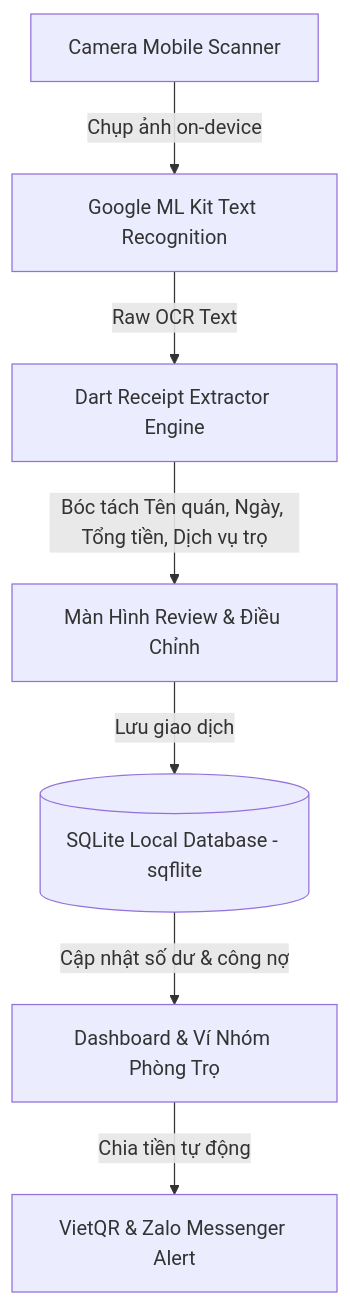
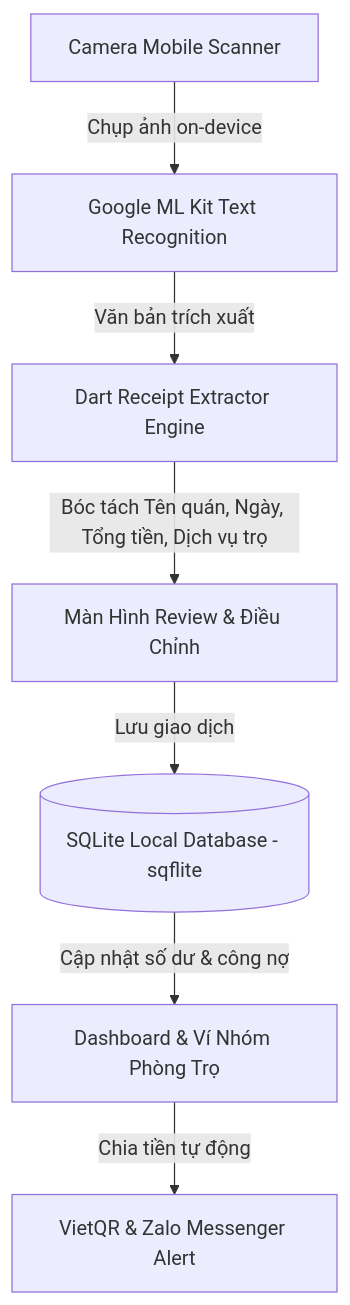
One commit to hynengy/Vi-xinh changed the diagram in phase-2-mobile-app/README.md. Above: the diagram before and after it, drawn with Mermaid. The commit also changed other lines of this file and 10 other files, not shown here.

````diff
--- a/phase-2-mobile-app/README.md
+++ b/phase-2-mobile-app/README.md
@@ -11,9 +11,9 @@
 ```mermaid
 graph TD
     A[Camera Mobile Scanner] -->|Chụp ảnh on-device| B[Google ML Kit Text Recognition]
-    B -->|Raw OCR Text| C[Dart Receipt Extractor Engine]
+    B -->|Văn bản trích xuất| C[Dart Receipt Extractor Engine]
     C -->|Bóc tách Tên quán, Ngày, Tổng tiền, Dịch vụ trọ| D[Màn Hình Review & Điều Chỉnh]
     D -->|Lưu giao dịch| E[(SQLite Local Database - sqflite)]
     E -->|Cập nhật số dư & công nợ| F[Dashboard & Ví Nhóm Phòng Trọ]
     F -->|Chia tiền tự động| G[VietQR & Zalo Messenger Alert]
 ```
````
